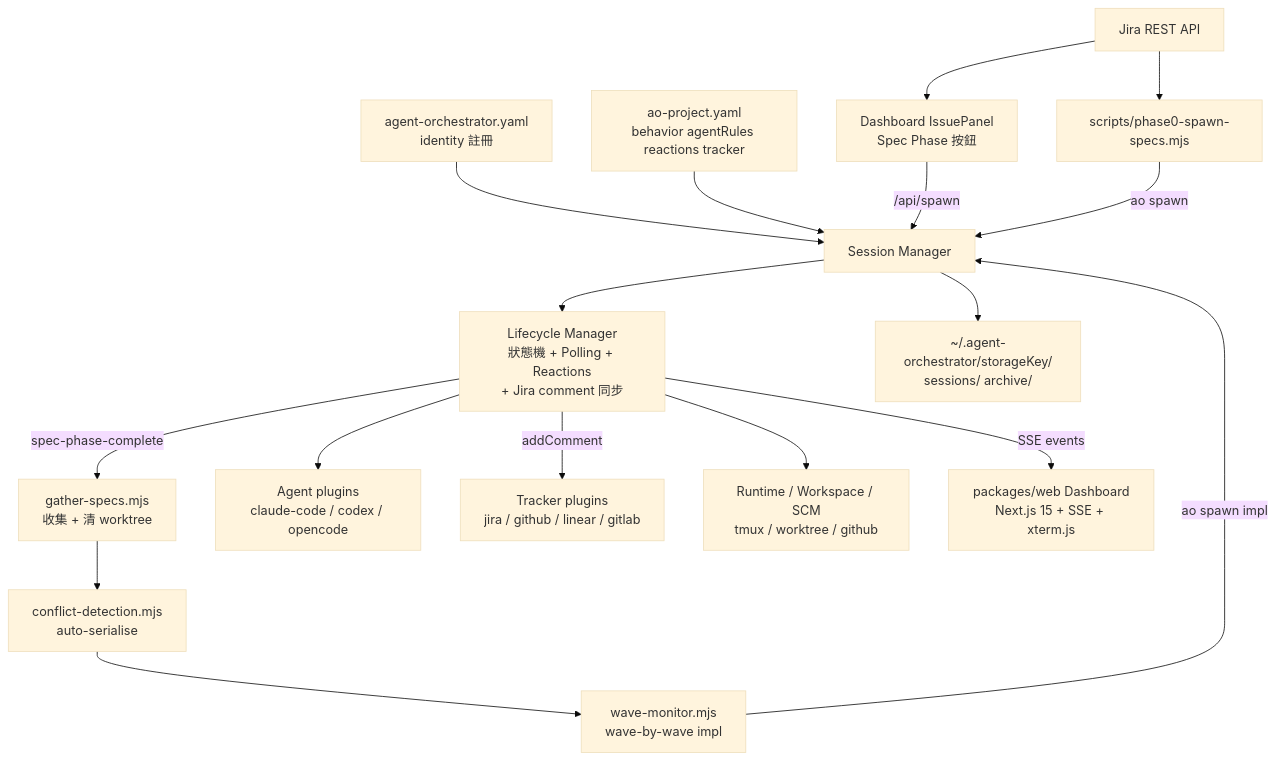
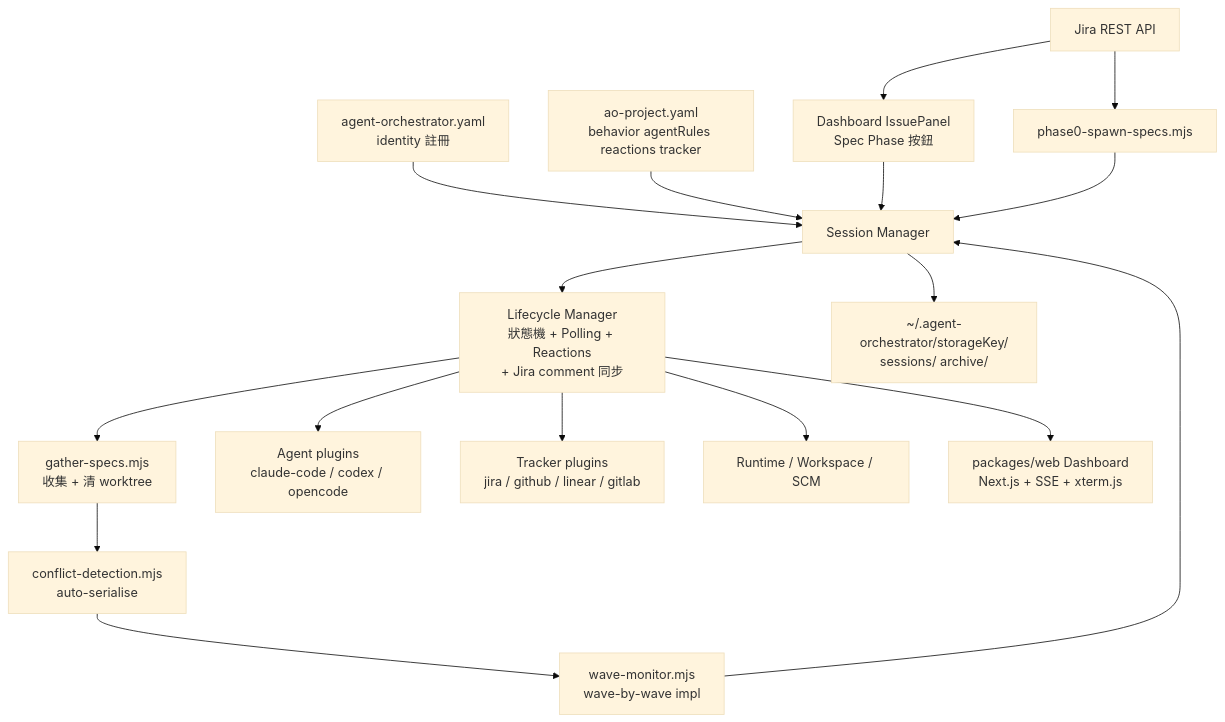
The first of 3 diagrams in README.md (huskylin/agent-orchestrator), drawn with Mermaid (base theme) before and after one commit.

Commit message:
docs: 系統架構 mermaid 全部 label 改用 double-quote
mermaid 8.13.10 的 <br> 只在 quoted label ("...") 內被解析，
unquoted [label] 會 parse error。同時把 arrow label 都拿掉
（pipe label 在某些 8.x 版本也不穩定）。

````diff
--- a/README.md
+++ b/README.md
@@ -76,40 +76,40 @@
 ```mermaid
 graph TB
-    YAML[agent-orchestrator.yaml<br>identity 註冊]
-    LOCAL[ao-project.yaml<br>behavior agentRules reactions tracker]
-    JIRA[Jira REST API]
+    YAML["agent-orchestrator.yaml<br>identity 註冊"]
+    LOCAL["ao-project.yaml<br>behavior agentRules reactions tracker"]
+    JIRA["Jira REST API"]
 
-    DASH[Dashboard IssuePanel<br>Spec Phase 按鈕]
-    P0[scripts/phase0-spawn-specs.mjs]
+    DASH["Dashboard IssuePanel<br>Spec Phase 按鈕"]
+    P0["phase0-spawn-specs.mjs"]
 
-    GS[gather-specs.mjs<br>收集 + 清 worktree]
-    CD[conflict-detection.mjs<br>auto-serialise]
-    WM[wave-monitor.mjs<br>wave-by-wave impl]
+    GS["gather-specs.mjs<br>收集 + 清 worktree"]
+    CD["conflict-detection.mjs<br>auto-serialise"]
+    WM["wave-monitor.mjs<br>wave-by-wave impl"]
 
-    SESSION_MGR[Session Manager]
-    LIFECYCLE[Lifecycle Manager<br>狀態機 + Polling + Reactions<br>+ Jira comment 同步]
+    SESSION_MGR["Session Manager"]
+    LIFECYCLE["Lifecycle Manager<br>狀態機 + Polling + Reactions<br>+ Jira comment 同步"]
 
-    AGENTS[Agent plugins<br>claude-code / codex / opencode]
-    TRACKERS[Tracker plugins<br>jira / github / linear / gitlab]
-    INFRA[Runtime / Workspace / SCM<br>tmux / worktree / github]
+    AGENTS["Agent plugins<br>claude-code / codex / opencode"]
+    TRACKERS["Tracker plugins<br>jira / github / linear / gitlab"]
+    INFRA["Runtime / Workspace / SCM"]
 
-    WEB[packages/web Dashboard<br>Next.js 15 + SSE + xterm.js]
-    STORAGE[~/.agent-orchestrator/storageKey/<br>sessions/ archive/]
+    WEB["packages/web Dashboard<br>Next.js + SSE + xterm.js"]
+    STORAGE["~/.agent-orchestrator/storageKey/<br>sessions/ archive/"]
 
     YAML --> SESSION_MGR
     LOCAL --> SESSION_MGR
     JIRA --> P0
     JIRA --> DASH
-    DASH -->|/api/spawn| SESSION_MGR
-    P0 -->|ao spawn| SESSION_MGR
+    DASH --> SESSION_MGR
+    P0 --> SESSION_MGR
     SESSION_MGR --> LIFECYCLE
-    LIFECYCLE -->|spec-phase-complete| GS
+    LIFECYCLE --> GS
     GS --> CD
     CD --> WM
-    WM -->|ao spawn impl| SESSION_MGR
+    WM --> SESSION_MGR
     LIFECYCLE --> AGENTS
     LIFECYCLE --> INFRA
-    LIFECYCLE -->|addComment| TRACKERS
+    LIFECYCLE --> TRACKERS
     SESSION_MGR --> STORAGE
-    LIFECYCLE -->|SSE events| WEB
+    LIFECYCLE --> WEB
 ```
````
